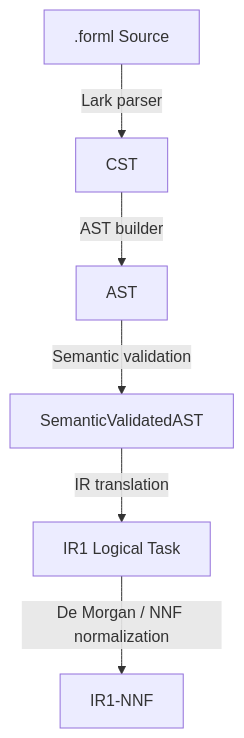
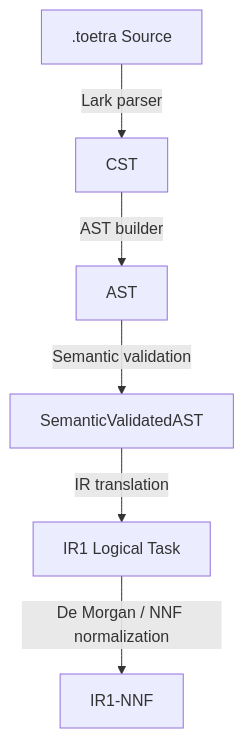
Before and after one commit to KintanaOne/Toetra: the second of 9 diagrams in docs/architecture/pipeline-views.md, drawn with Mermaid. The commit also changed other lines of this file and 218 other files, not shown here.

````diff
--- a/docs/architecture/pipeline-views.md
+++ b/docs/architecture/pipeline-views.md
@@ -105,17 +105,17 @@
 ```mermaid
 flowchart TD
-    A[.forml Source]
+    A[.toetra Source]
         -->|Lark parser| B[CST]
 
     B
         -->|AST builder| C[AST]
 
     C
         -->|Semantic validation| D[SemanticValidatedAST]
 
     D
         -->|IR translation| E[IR1 Logical Task]
 
     E
         -->|De Morgan / NNF normalization| F[IR1-NNF]
 ```
````
